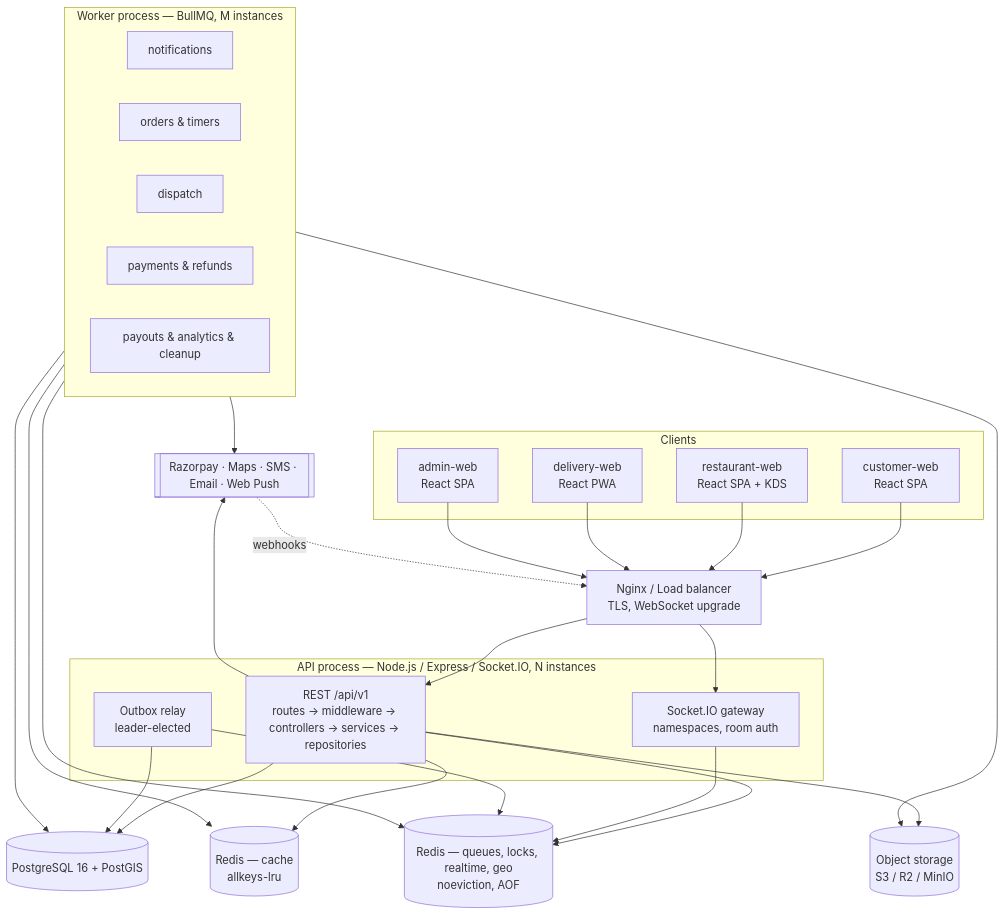
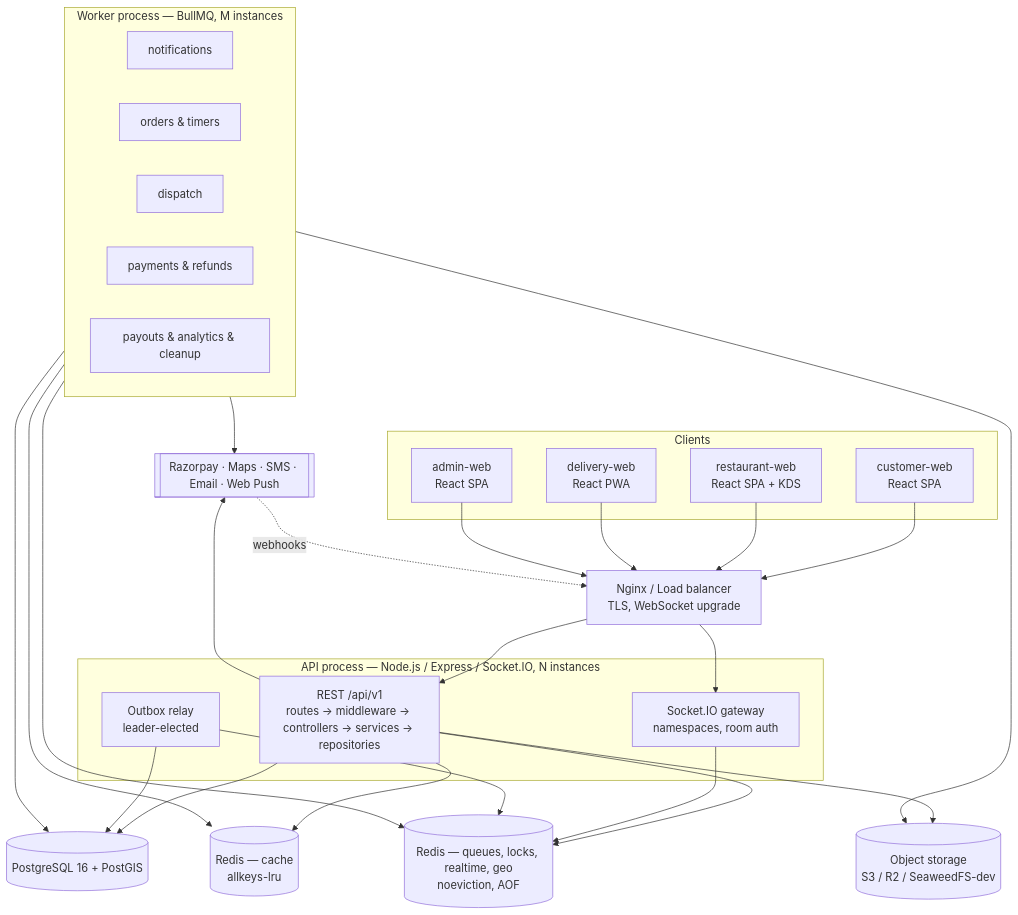
Before and after one commit to shaswat-shrey/FoodOrderingSystem: the first of 3 diagrams in docs/architecture/SYSTEM-ARCHITECTURE.md, drawn with Mermaid. The commit also changed other lines of this file and 8 other files, not shown here.

````diff
--- a/docs/architecture/SYSTEM-ARCHITECTURE.md
+++ b/docs/architecture/SYSTEM-ARCHITECTURE.md
@@ -14,36 +14,36 @@
 ```mermaid
 flowchart TB
   subgraph Clients
     CW[customer-web<br/>React SPA]
     RW[restaurant-web<br/>React SPA + KDS]
     DW[delivery-web<br/>React PWA]
     AW[admin-web<br/>React SPA]
   end
   LB[Nginx / Load balancer<br/>TLS, WebSocket upgrade]
   subgraph API_Tier[API process — Node.js / Express / Socket.IO, N instances]
     REST[REST /api/v1<br/>routes → middleware → controllers → services → repositories]
     GW[Socket.IO gateway<br/>namespaces, room auth]
     OB[Outbox relay<br/>leader-elected]
   end
   subgraph Worker_Tier[Worker process — BullMQ, M instances]
     Q1[notifications]
     Q2[orders & timers]
     Q3[dispatch]
     Q4[payments & refunds]
     Q5[payouts & analytics & cleanup]
   end
   PG[(PostgreSQL 16 + PostGIS)]
   RC[(Redis — cache<br/>allkeys-lru)]
   RQ[(Redis — queues, locks, realtime, geo<br/>noeviction, AOF)]
-  S3[(Object storage<br/>S3 / R2 / MinIO)]
+  S3[(Object storage<br/>S3 / R2 / SeaweedFS-dev)]
   EXT[[Razorpay · Maps · SMS · Email · Web Push]]
   CW & RW & DW & AW --> LB --> REST & GW
   REST --> PG & RC & RQ & S3
   GW --> RQ
   OB --> PG
   OB --> RQ
   Worker_Tier --> PG & RQ & RC & S3
   REST --> EXT
   Worker_Tier --> EXT
   EXT -. webhooks .-> LB
 ```
````
